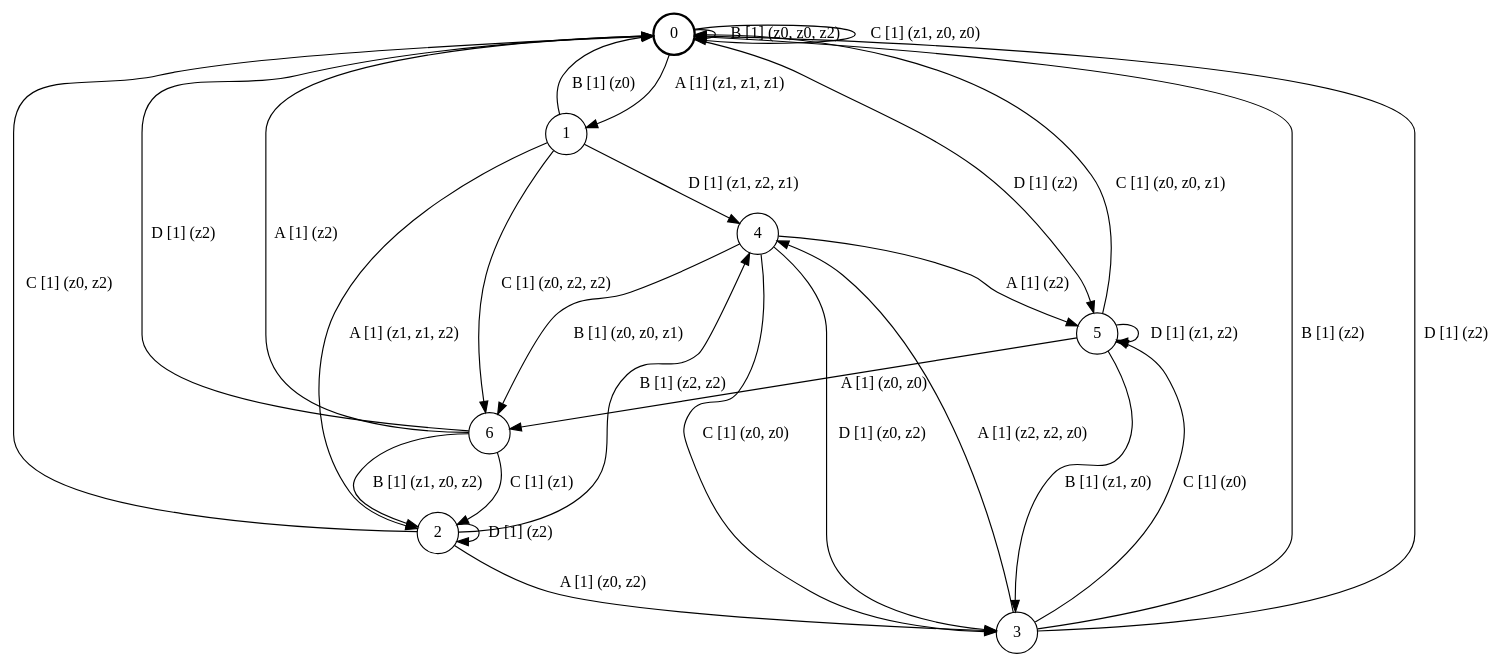
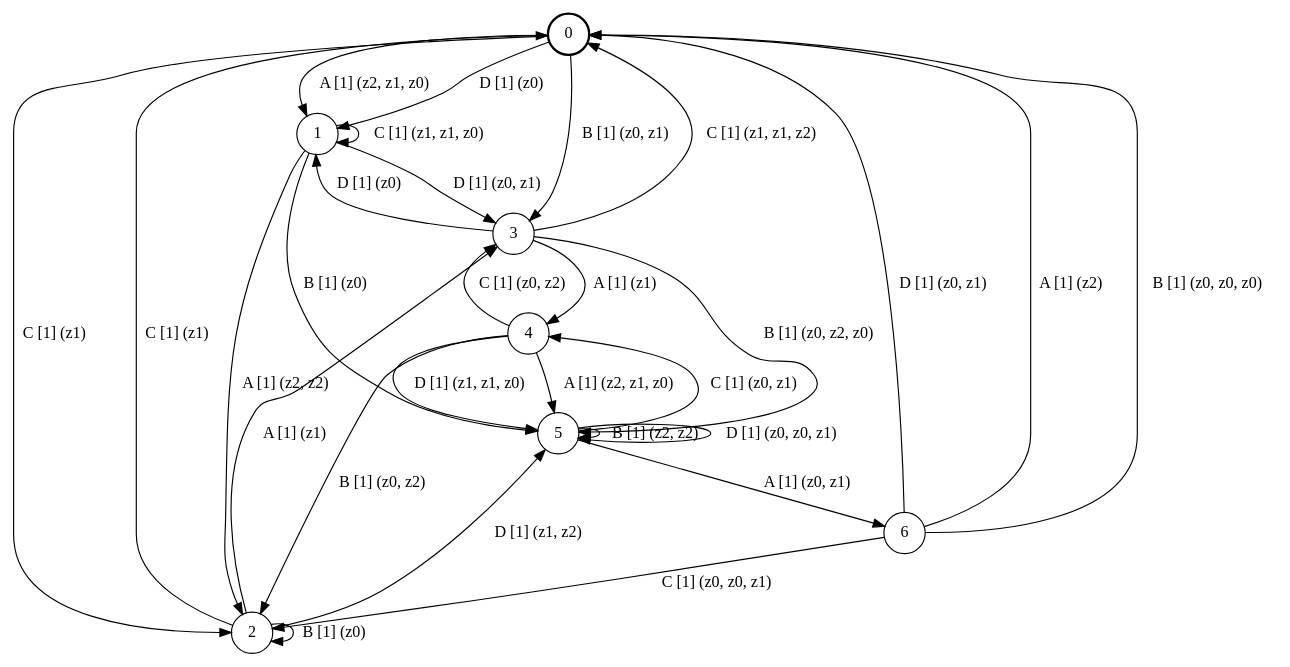
The diagram in qbf/testing/fsm_7s4e3a.dot (ulyantsev/EFSM-tools), drawn with Graphviz before and after one commit. The commit also changed 5228 other files, not shown here.

```diff
--- a/qbf/testing/fsm_7s4e3a.dot
+++ b/qbf/testing/fsm_7s4e3a.dot
@@ -1,34 +1,34 @@
 # generated file, don't try to modify
 # command: dot -Tpng <filename> > tree.png
 digraph Automaton {
     node [shape = circle];
     0 [style = "bold"];
-    0 -> 1 [label = "A [1] (z1, z1, z1) "];
-    0 -> 0 [label = "B [1] (z0, z0, z2) "];
-    0 -> 0 [label = "C [1] (z1, z0, z0) "];
-    0 -> 5 [label = "D [1] (z2) "];
-    1 -> 2 [label = "A [1] (z1, z1, z2) "];
-    1 -> 0 [label = "B [1] (z0) "];
-    1 -> 6 [label = "C [1] (z0, z2, z2) "];
-    1 -> 4 [label = "D [1] (z1, z2, z1) "];
-    2 -> 3 [label = "A [1] (z0, z2) "];
-    2 -> 4 [label = "B [1] (z2, z2) "];
-    2 -> 0 [label = "C [1] (z0, z2) "];
-    2 -> 2 [label = "D [1] (z2) "];
-    3 -> 4 [label = "A [1] (z2, z2, z0) "];
-    3 -> 0 [label = "B [1] (z2) "];
-    3 -> 5 [label = "C [1] (z0) "];
-    3 -> 0 [label = "D [1] (z2) "];
-    4 -> 5 [label = "A [1] (z2) "];
-    4 -> 6 [label = "B [1] (z0, z0, z1) "];
-    4 -> 3 [label = "C [1] (z0, z0) "];
-    4 -> 3 [label = "D [1] (z0, z2) "];
-    5 -> 6 [label = "A [1] (z0, z0) "];
-    5 -> 3 [label = "B [1] (z1, z0) "];
-    5 -> 0 [label = "C [1] (z0, z0, z1) "];
-    5 -> 5 [label = "D [1] (z1, z2) "];
+    0 -> 1 [label = "A [1] (z2, z1, z0) "];
+    0 -> 3 [label = "B [1] (z0, z1) "];
+    0 -> 2 [label = "C [1] (z1) "];
+    0 -> 1 [label = "D [1] (z0) "];
+    1 -> 2 [label = "A [1] (z2, z2) "];
+    1 -> 5 [label = "B [1] (z0) "];
+    1 -> 1 [label = "C [1] (z1, z1, z0) "];
+    1 -> 3 [label = "D [1] (z0, z1) "];
+    2 -> 3 [label = "A [1] (z1) "];
+    2 -> 2 [label = "B [1] (z0) "];
+    2 -> 0 [label = "C [1] (z1) "];
+    2 -> 5 [label = "D [1] (z1, z2) "];
+    3 -> 4 [label = "A [1] (z1) "];
+    3 -> 5 [label = "B [1] (z0, z2, z0) "];
+    3 -> 0 [label = "C [1] (z1, z1, z2) "];
+    3 -> 1 [label = "D [1] (z0) "];
+    4 -> 5 [label = "A [1] (z2, z1, z0) "];
+    4 -> 2 [label = "B [1] (z0, z2) "];
+    4 -> 3 [label = "C [1] (z0, z2) "];
+    4 -> 5 [label = "D [1] (z1, z1, z0) "];
+    5 -> 6 [label = "A [1] (z0, z1) "];
+    5 -> 5 [label = "B [1] (z2, z2) "];
+    5 -> 4 [label = "C [1] (z0, z1) "];
+    5 -> 5 [label = "D [1] (z0, z0, z1) "];
     6 -> 0 [label = "A [1] (z2) "];
-    6 -> 2 [label = "B [1] (z1, z0, z2) "];
-    6 -> 2 [label = "C [1] (z1) "];
-    6 -> 0 [label = "D [1] (z2) "];
+    6 -> 0 [label = "B [1] (z0, z0, z0) "];
+    6 -> 2 [label = "C [1] (z0, z0, z1) "];
+    6 -> 0 [label = "D [1] (z0, z1) "];
 }
```
